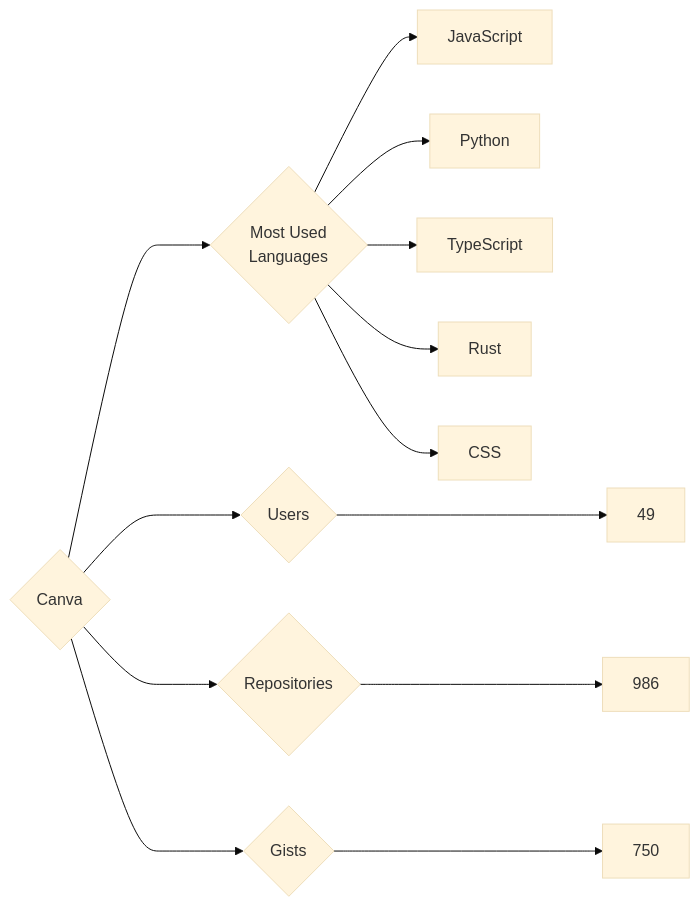
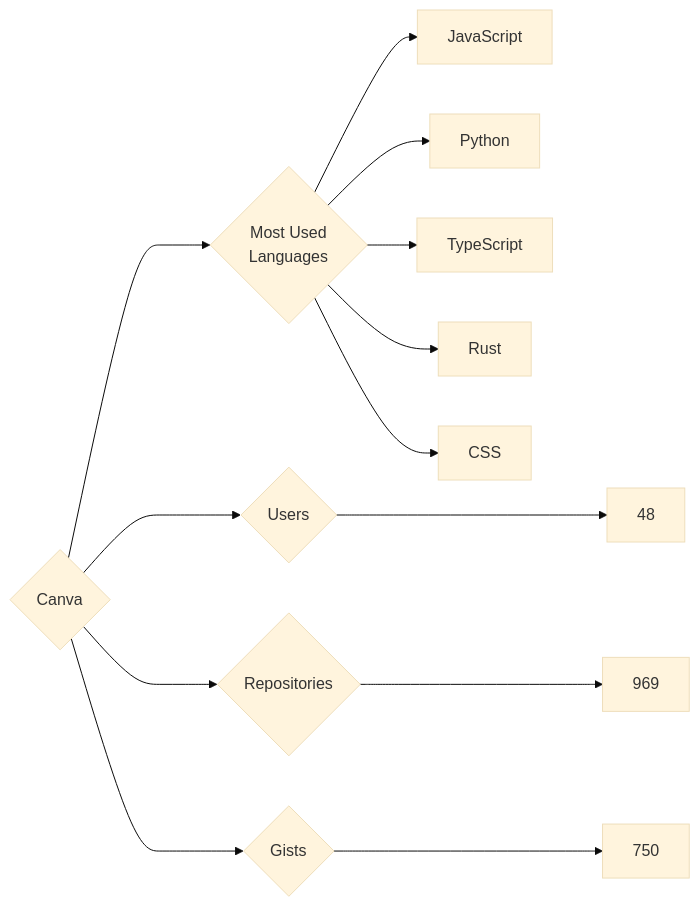
One commit to trickest/insiders changed the diagram in targets/Canva/README.md. Above: the diagram before and after it, drawn with Mermaid (base theme). The commit also changed 1030 other files, not shown here.

````diff
--- a/targets/Canva/README.md
+++ b/targets/Canva/README.md
@@ -3,13 +3,13 @@
 ```mermaid
 graph LR
 COMPANY_NAME{Canva}
-COMPANY_NAME ---> U{Users} ---> UN[49]
-COMPANY_NAME ---> R{Repositories} ---> RN[986]
+COMPANY_NAME ---> U{Users} ---> UN[48]
+COMPANY_NAME ---> R{Repositories} ---> RN[969]
 COMPANY_NAME ---> G{Gists} ---> GN[750]
 COMPANY_NAME ---> ML{Most Used<br>Languages}
 ML --> JavaScript[JavaScript]
 ML --> Python[Python]
 ML --> TypeScript[TypeScript]
 ML --> Rust[Rust]
 ML --> CSS[CSS]
 ```
````
